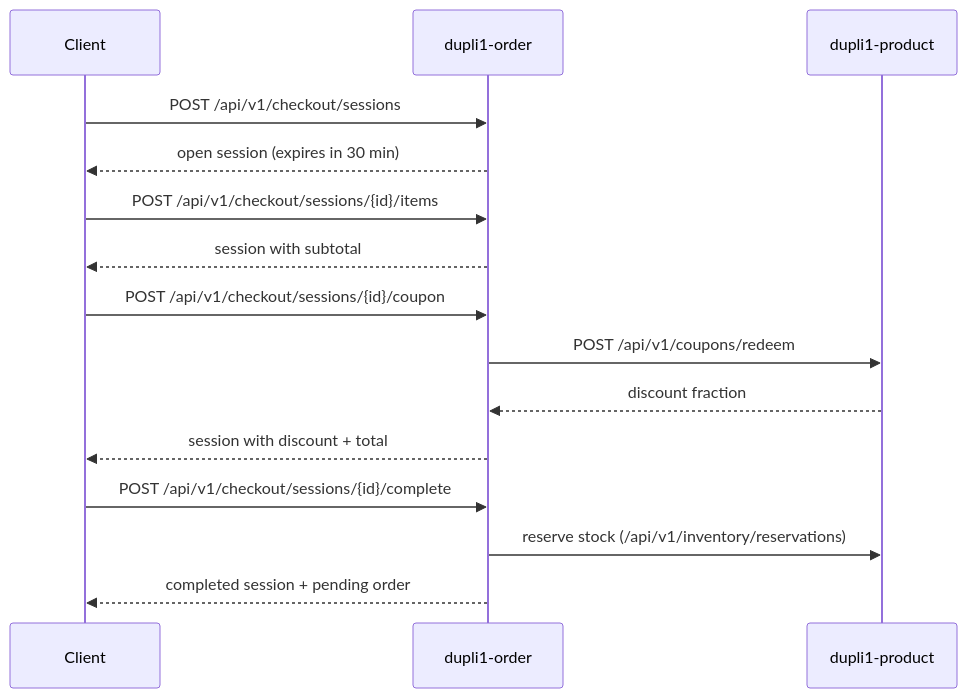
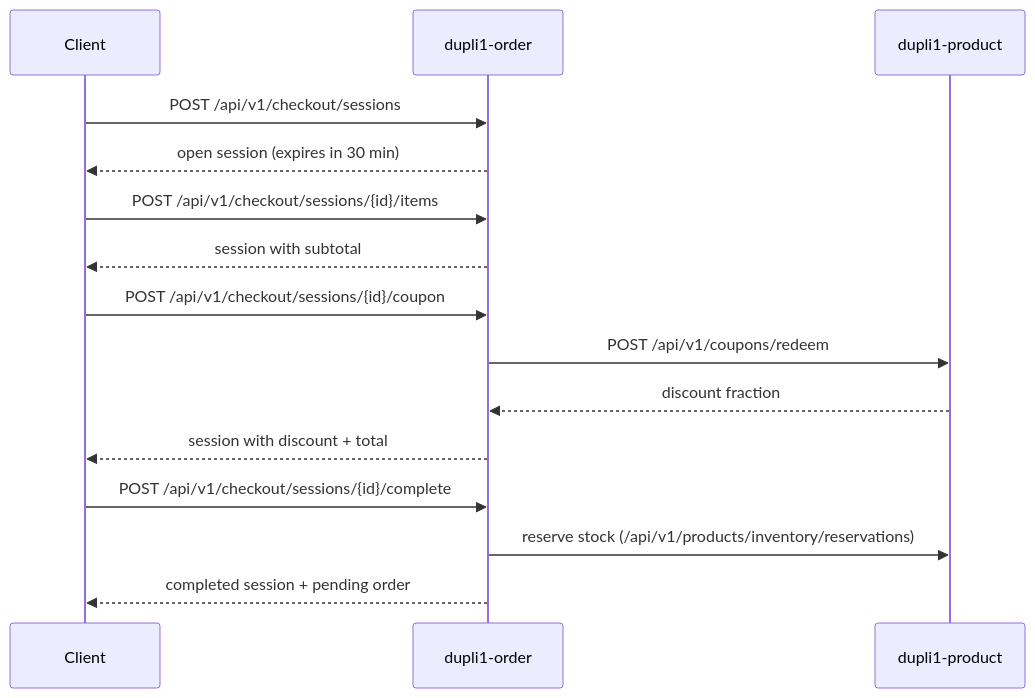
One commit to elug3/dupli1 changed the diagram in docs/checkout-session.md. Above: the diagram before and after it, drawn with Mermaid. The commit also changed other lines of this file and 6 other files, not shown here.

First line of the commit message:
docs: refresh order hardening, inventory paths, and notification webhook

````diff
--- a/docs/checkout-session.md
+++ b/docs/checkout-session.md
@@ -15,21 +15,21 @@
 ```mermaid
 sequenceDiagram
     participant Client
     participant Order as dupli1-order
     participant Product as dupli1-product
 
     Client->>Order: POST /api/v1/checkout/sessions
     Order-->>Client: open session (expires in 30 min)
 
     Client->>Order: POST /api/v1/checkout/sessions/{id}/items
     Order-->>Client: session with subtotal
 
     Client->>Order: POST /api/v1/checkout/sessions/{id}/coupon
     Order->>Product: POST /api/v1/coupons/redeem
     Product-->>Order: discount fraction
     Order-->>Client: session with discount + total
 
     Client->>Order: POST /api/v1/checkout/sessions/{id}/complete
-    Order->>Product: reserve stock (/api/v1/inventory/reservations)
+    Order->>Product: reserve stock (/api/v1/products/inventory/reservations)
     Order-->>Client: completed session + pending order
 ```
````
